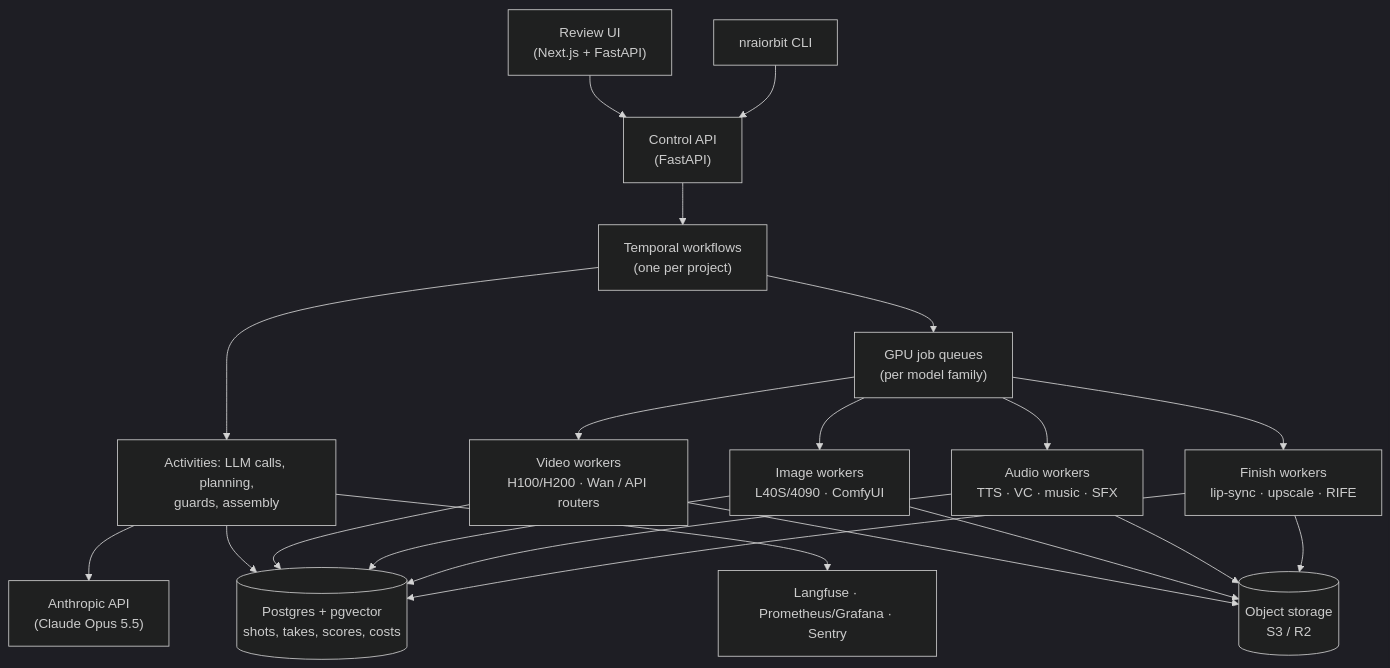
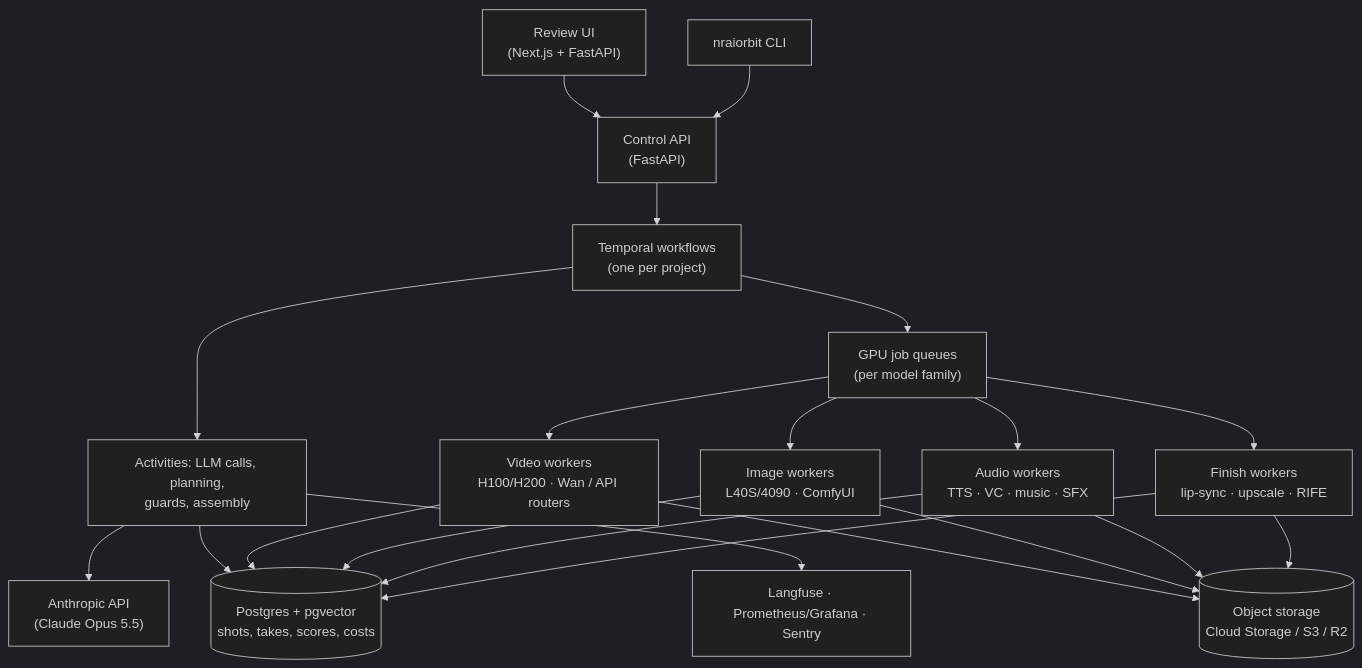
One commit to rajireddys999/NRAIORBIT-AGENTICFILMPRODUCTIONS changed the diagram in docs/INFRA_COST_ROADMAP.md. Above: the diagram before and after it, drawn with Mermaid (dark theme). The commit also changed 10 other files, not shown here.

````diff
--- a/docs/INFRA_COST_ROADMAP.md
+++ b/docs/INFRA_COST_ROADMAP.md
@@ -5,17 +5,17 @@
 ```mermaid
 flowchart TB
     UI["Review UI<br/>(Next.js + FastAPI)"] --> API["Control API<br/>(FastAPI)"]
     CLI["nraiorbit CLI"] --> API
     API --> WF["Temporal workflows<br/>(one per project)"]
     WF --> ACT["Activities: LLM calls, planning,<br/>guards, assembly"]
     WF --> Q["GPU job queues<br/>(per model family)"]
     Q --> W1["Video workers<br/>H100/H200 · Wan / API routers"]
     Q --> W2["Image workers<br/>L40S/4090 · ComfyUI"]
     Q --> W3["Audio workers<br/>TTS · VC · music · SFX"]
     Q --> W4["Finish workers<br/>lip-sync · upscale · RIFE"]
     ACT --> LLM["Anthropic API<br/>(Claude Opus 5.5)"]
-    W1 & W2 & W3 & W4 --> OBJ[("Object storage<br/>S3 / R2")]
+    W1 & W2 & W3 & W4 --> OBJ[("Object storage<br/>Cloud Storage / S3 / R2")]
     ACT --> PG[("Postgres + pgvector<br/>shots, takes, scores, costs")]
     W1 & W2 & W3 & W4 --> PG
     ACT --> OBS["Langfuse · Prometheus/Grafana · Sentry"]
 ```
````
